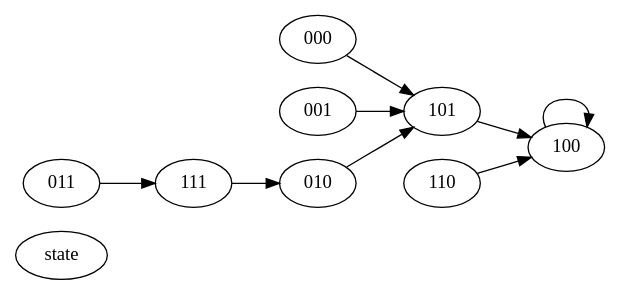
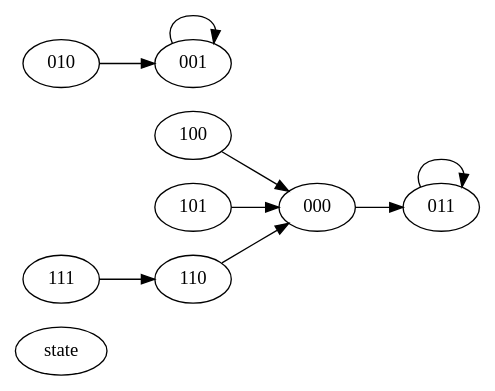
One commit to dan-forsberg/Automation changed the diagram in U6/diagram.dot. Above: the diagram before and after it, drawn with Graphviz. The commit also changed 5 other files, not shown here.

```diff
--- a/U6/diagram.dot
+++ b/U6/diagram.dot
@@ -1,22 +1,22 @@
 digraph unix {
 
     rankdir="LR";
 
     state 000;
     state 001;
     state 010;
     state 011;
     state 100;
     state 101;
     state 110;
     state 111;
 
-    000 -> 101;
-    001 -> 101;
-    010 -> 101;
-    011 -> 111;
-    100 -> 100;
-    101 -> 100;
-    110 -> 100;
-    111 -> 010;
+    000 -> 011;
+    001 -> 001;
+    010 -> 001;
+    011 -> 011;
+    100 -> 000;
+    101 -> 000;
+    110 -> 000;
+    111 -> 110;
 }
```
